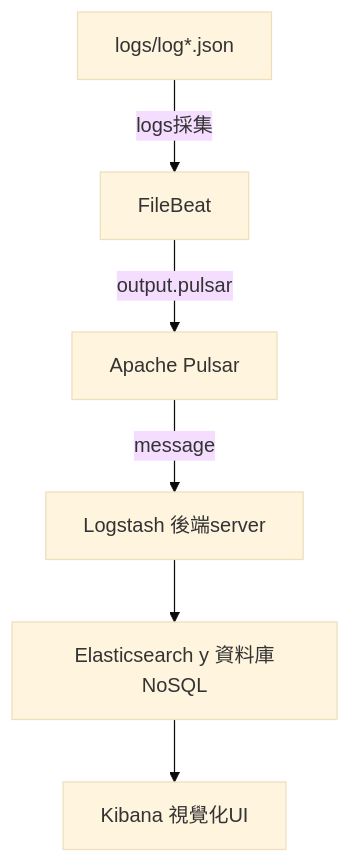
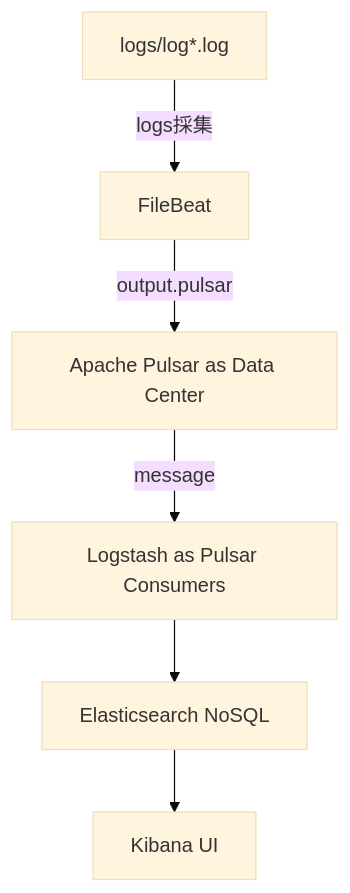
Before and after one commit to LiangYuJUI/finalproject-pulsar: the diagram in README.md, drawn with Mermaid (base theme).

Commit message:
update root README.md

````diff
--- a/README.md
+++ b/README.md
@@ -14,8 +14,8 @@
 ```mermaid
 graph
-    E[logs/log*.json] -->|logs採集| F[FileBeat]
+    E[logs/log*.log] -->|logs採集| F[FileBeat]
     F -->|output.pulsar| A
-    A[Apache Pulsar] -->|message| B[Logstash 後端server]
-    B --> C[Elasticsearch y 資料庫NoSQL]
-    C --> D[Kibana 視覺化UI]
+    A[Apache Pulsar as Data Center] -->|message| B[Logstash as Pulsar Consumers]
+    B --> C[Elasticsearch NoSQL]
+    C --> D[Kibana UI]
 ```
````
